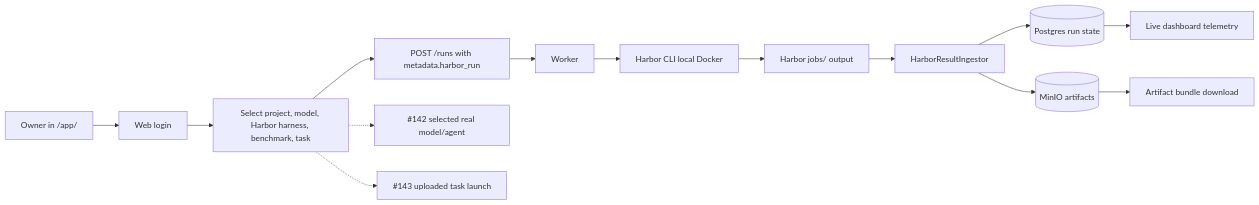
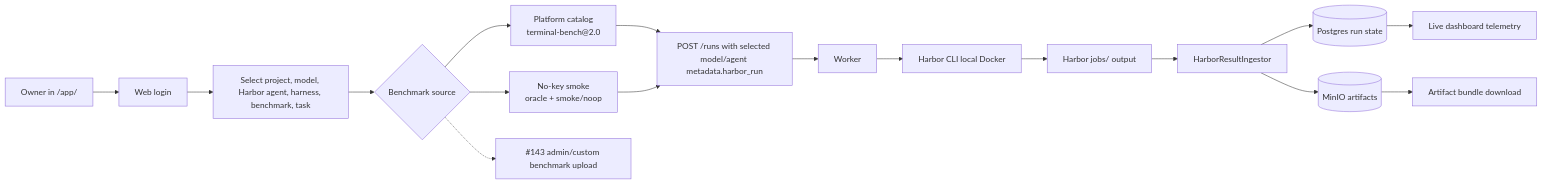
One commit to qianyi-sun/loom changed the third of 4 diagrams in README.md. Above: the diagram before and after it, drawn with Mermaid. The commit also changed other lines of this file and 24 other files, not shown here.

First line of the commit message:
Implement catalog-backed Harbor launch

````diff
--- a/README.md
+++ b/README.md
@@ -90,17 +90,20 @@
 ```mermaid
 flowchart LR
     Owner["Owner in /app/"] --> Login["Web login"]
-    Login --> Select["Select project, model, Harbor harness, benchmark, task"]
-    Select --> Run["POST /runs with metadata.harbor_run"]
+    Login --> Select["Select project, model, Harbor agent, harness, benchmark, task"]
+    Select --> Choice{"Benchmark source"}
+    Choice --> Catalog["Platform catalog\nterminal-bench@2.0"]
+    Choice --> Smoke["No-key smoke\noracle + smoke/noop"]
+    Catalog --> Run["POST /runs with selected model/agent metadata.harbor_run"]
+    Smoke --> Run
     Run --> Worker["Worker"]
     Worker --> Harbor["Harbor CLI local Docker"]
     Harbor --> Jobs["Harbor jobs/ output"]
     Jobs --> Ingest["HarborResultIngestor"]
     Ingest --> DB[("Postgres run state")]
     Ingest --> Store[("MinIO artifacts")]
     DB --> Monitor["Live dashboard telemetry"]
     Store --> Bundle["Artifact bundle download"]
 
-    Select -.-> Gap142["#142 selected real model/agent"]
-    Select -.-> Gap143["#143 uploaded task launch"]
+    Choice -.-> Custom["#143 admin/custom benchmark upload"]
 ```
````
